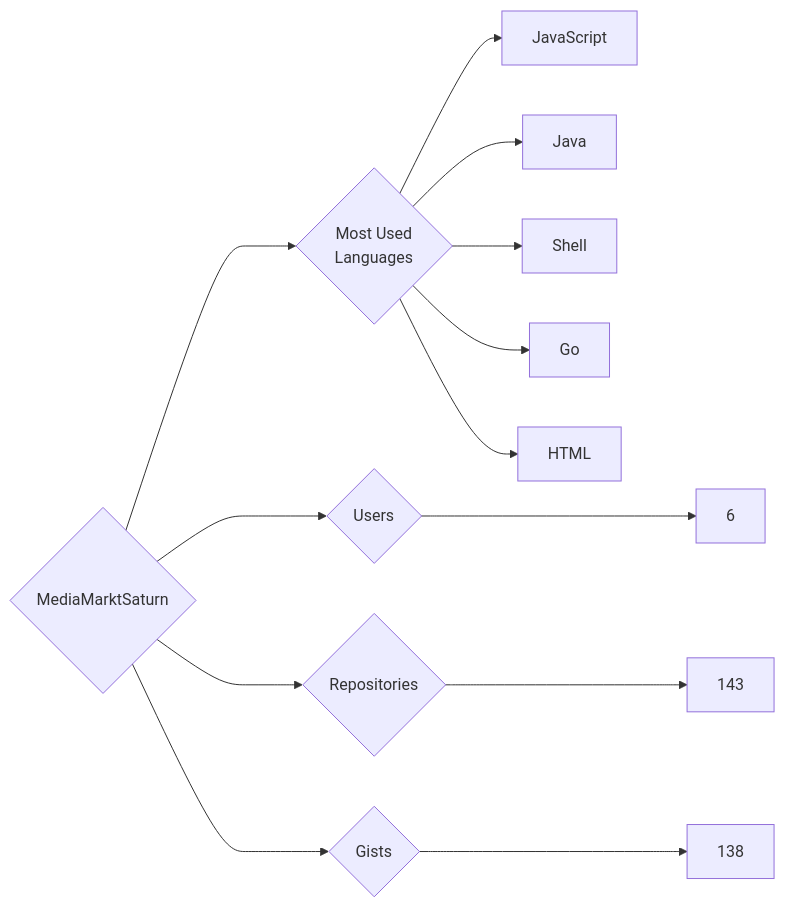
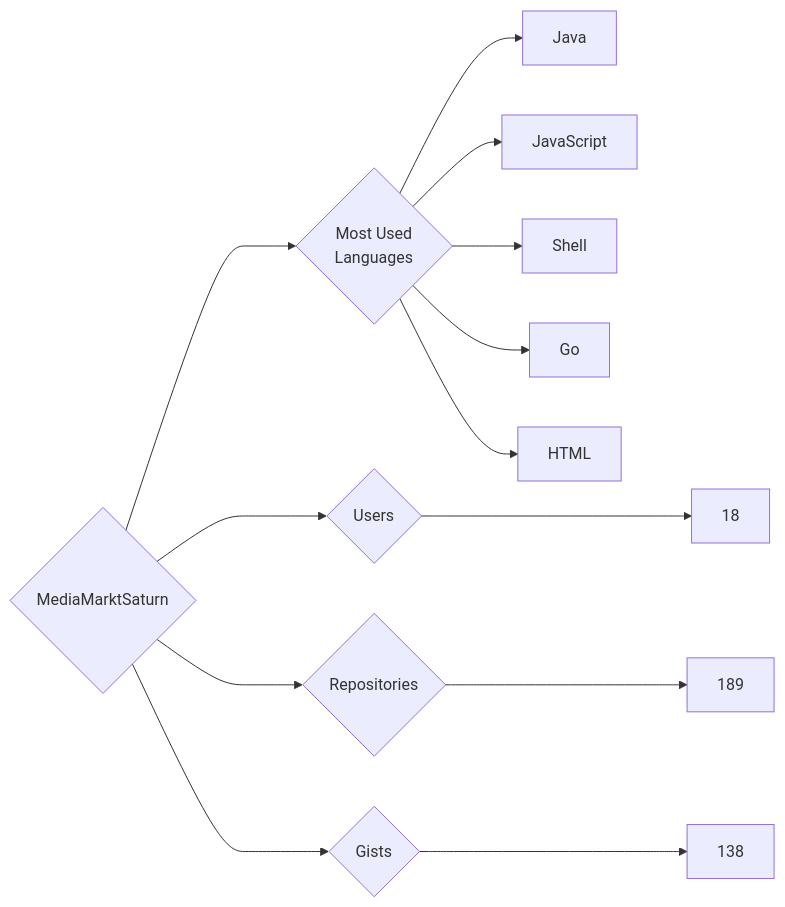
Before and after one commit to trickest/insiders: the diagram in targets/MediaMarktSaturn/README.md, drawn with Mermaid. The commit also changed 770 other files, not shown here.

````diff
--- a/targets/MediaMarktSaturn/README.md
+++ b/targets/MediaMarktSaturn/README.md
@@ -3,13 +3,13 @@
 ```mermaid
 graph LR
 COMPANY_NAME{MediaMarktSaturn}
-COMPANY_NAME ---> U{Users} ---> UN[6]
-COMPANY_NAME ---> R{Repositories} ---> RN[143]
+COMPANY_NAME ---> U{Users} ---> UN[18]
+COMPANY_NAME ---> R{Repositories} ---> RN[189]
 COMPANY_NAME ---> G{Gists} ---> GN[138]
 COMPANY_NAME ---> ML{Most Used<br>Languages}
+ML --> Java[Java]
 ML --> JavaScript[JavaScript]
-ML --> Java[Java]
 ML --> Shell[Shell]
 ML --> Go[Go]
 ML --> HTML[HTML]
 ```
````
